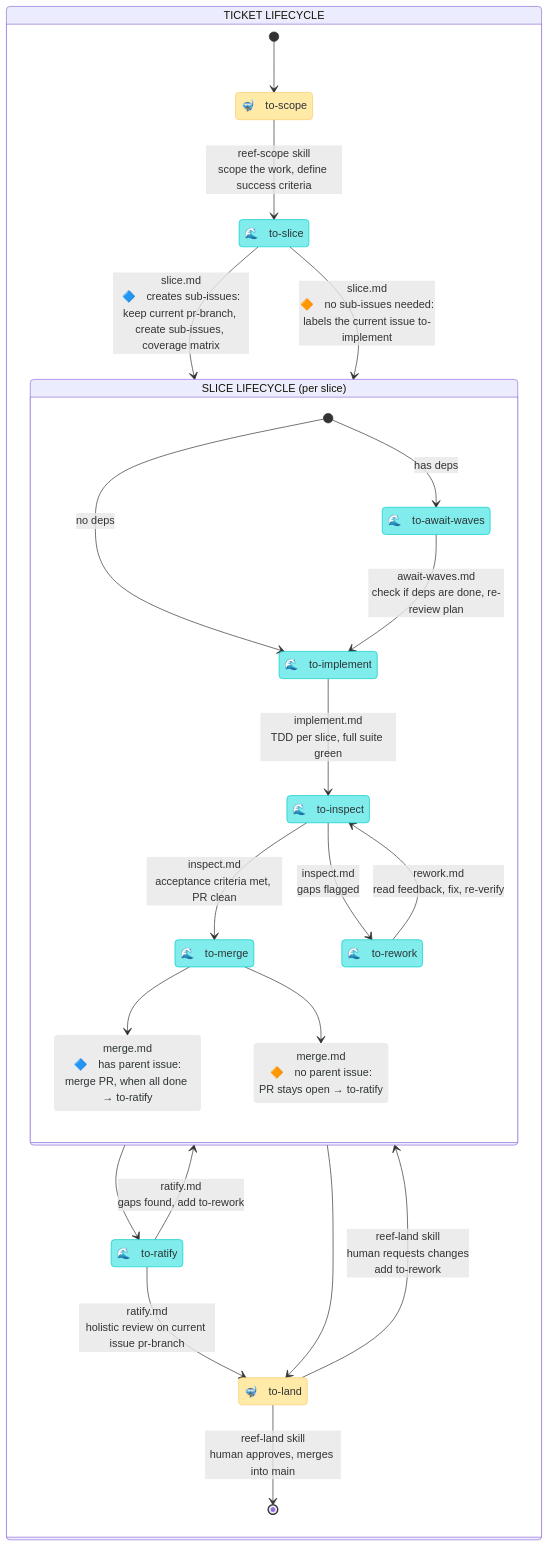
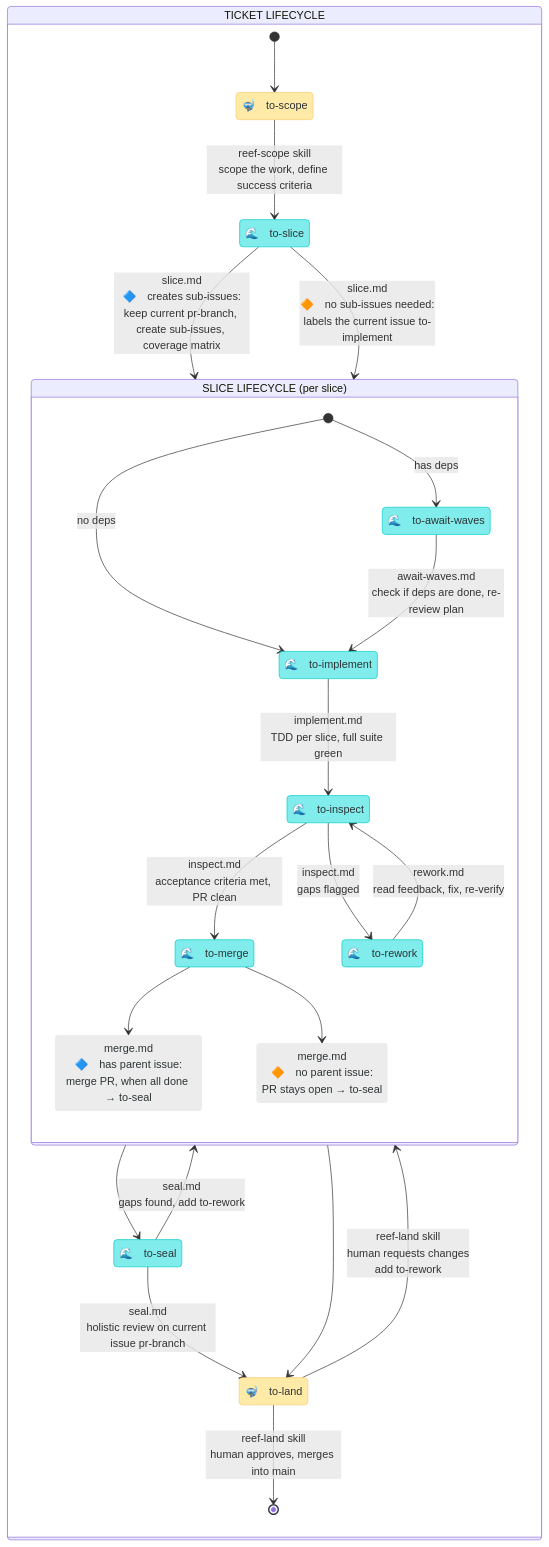
One commit to mesqueeb/moonjelly-reef changed the diagram in README.md. Above: the diagram before and after it, drawn with Mermaid. The commit also changed other lines of this file and 14 other files, not shown here.

Commit message:
fix: Rename to-ratify to to-seal - Fixes #96

````diff
--- a/README.md
+++ b/README.md
@@ -30,51 +30,51 @@
 ```mermaid
 stateDiagram-v2
     direction TB
 
     classDef human fill:#ffeaa7,stroke:#fdcb6e,color:#2d3436
     classDef agent fill:#81ecec,stroke:#00cec9,color:#2d3436
     classDef arrow fill:#ececec,stroke:#ffffff00,color:#2d3436
 
     state "TICKET LIFECYCLE" as work {
 
         state "🤿　to-scope" as to_scope
         state "🌊　to-slice" as to_slice
-        state "🌊　to-ratify" as to_ratify
+        state "🌊　to-seal" as to_seal
         state "🤿　to-land" as to_land
 
         [*] --> to_scope
         to_scope --> to_slice : reef-scope skill<br />scope the work, define success criteria
         to_slice --> slice_lifecycle : slice.md<br />🔷　creates sub-issues:<br />keep current pr-branch, create sub-issues, coverage matrix
        to_slice --> slice_lifecycle : slice.md<br />🔶　no sub-issues needed:<br />labels the current issue to-implement
-        slice_lifecycle --> to_ratify
+        slice_lifecycle --> to_seal
         slice_lifecycle --> to_land
-        to_ratify --> to_land : ratify.md<br />holistic review on current issue pr-branch
-        to_ratify --> slice_lifecycle : ratify.md<br />gaps found, add to-rework
+        to_seal --> to_land : seal.md<br />holistic review on current issue pr-branch
+        to_seal --> slice_lifecycle : seal.md<br />gaps found, add to-rework
         to_land --> [*] : reef-land skill<br />human approves, merges into main
         to_land --> slice_lifecycle : reef-land skill<br />human requests changes<br />add to-rework
     }
 
     state "SLICE LIFECYCLE (per slice)" as slice_lifecycle {
 
         state "🌊　to-await-waves" as to_await
         state "🌊　to-implement" as to_implement
         state "🌊　to-inspect" as to_inspect
         state "🌊　to-rework" as to_rework
         state "🌊　to-merge" as to_merge
-        state "merge.md<br />🔷　has parent issue:<br />merge PR, when all done → to-ratify" as merge_multi
-        state "merge.md<br />🔶　no parent issue:<br />PR stays open → to-ratify" as merge_single
+        state "merge.md<br />🔷　has parent issue:<br />merge PR, when all done → to-seal" as merge_multi
+        state "merge.md<br />🔶　no parent issue:<br />PR stays open → to-seal" as merge_single
         [*] --> to_implement : no deps
         [*] --> to_await : has deps
         to_await --> to_implement : await-waves.md<br />check if deps are done, re-review plan
         to_implement --> to_inspect : implement.md<br />TDD per slice, full suite green
         to_inspect --> to_merge : inspect.md<br />acceptance criteria met, PR clean
         to_inspect --> to_rework : inspect.md<br />gaps flagged
         to_rework --> to_inspect : rework.md<br />read feedback, fix, re-verify
         to_merge --> merge_multi
         to_merge --> merge_single
     }
 
     class to_scope,to_land human
-    class to_slice,to_ratify,plan_rework,to_await,to_implement,to_inspect,to_rework,to_merge agent
+    class to_slice,to_seal,plan_rework,to_await,to_implement,to_inspect,to_rework,to_merge agent
     class merge_multi,merge_single arrow
 ```
````
